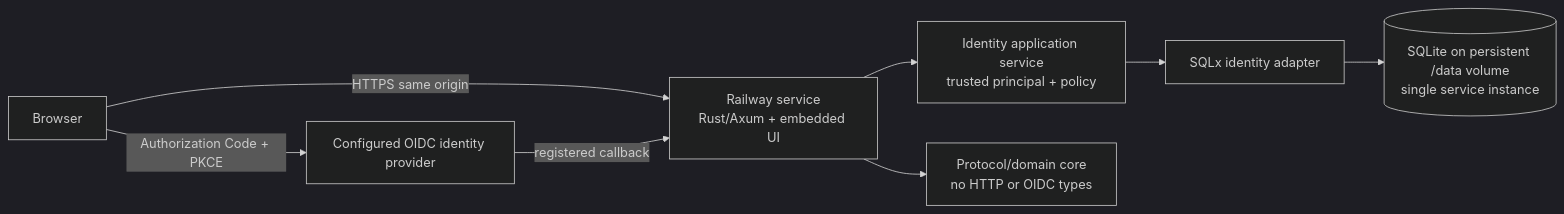
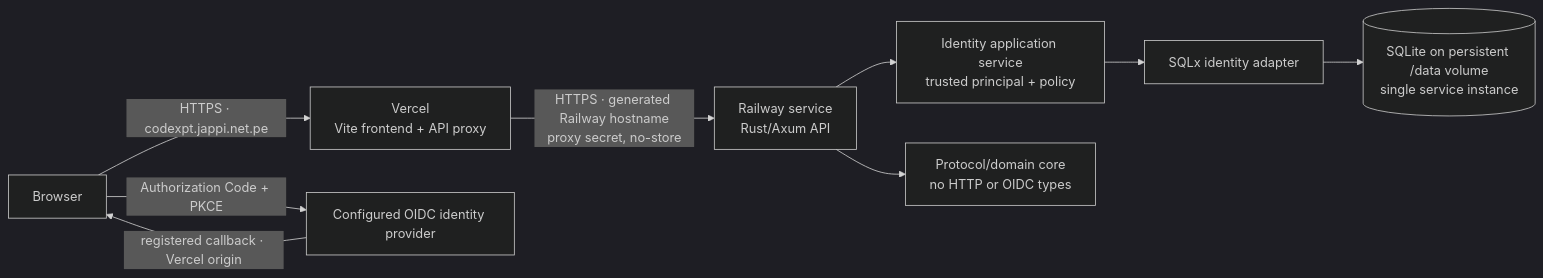
One commit to CyberStill-GmbH/codexpt changed the fourth of 4 diagrams in docs/architecture/C4.md. Above: the diagram before and after it, drawn with Mermaid (dark theme). The commit also changed other lines of this file and 20 other files, not shown here.

````diff
--- a/docs/architecture/C4.md
+++ b/docs/architecture/C4.md
@@ -120,10 +121,11 @@
 ```mermaid
 flowchart LR
-    Browser["Browser"] -->|HTTPS same origin| Railway["Railway service\nRust/Axum + embedded UI"]
+    Browser["Browser"] -->|HTTPS · codexpt.jappi.net.pe| Vercel["Vercel\nVite frontend + API proxy"]
+    Vercel -->|HTTPS · generated Railway hostname\nproxy secret, no-store| Railway["Railway service\nRust/Axum API"]
     Browser -->|Authorization Code + PKCE| IdP["Configured OIDC identity provider"]
-    IdP -->|registered callback| Railway
+    IdP -->|registered callback · Vercel origin| Browser
     Railway --> AuthApp["Identity application service\ntrusted principal + policy"]
     AuthApp --> SQLx["SQLx identity adapter"]
     SQLx --> SQLite[("SQLite on persistent /data volume\nsingle service instance")]
     Railway --> Core["Protocol/domain core\nno HTTP or OIDC types"]
 ```
````
